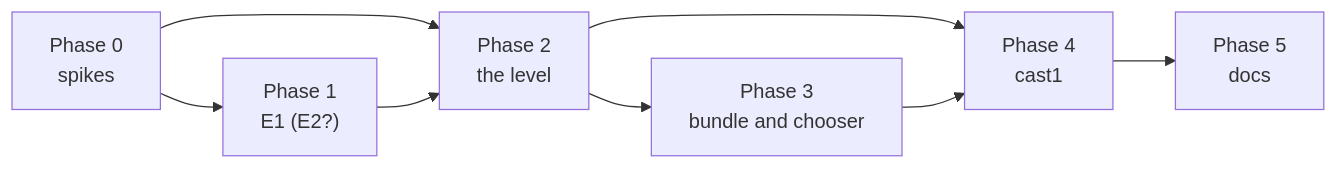
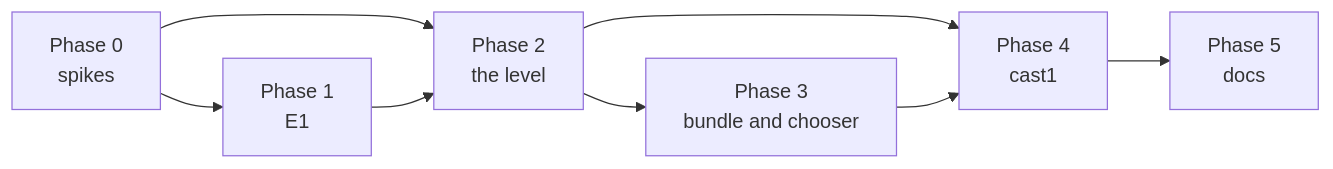
One commit to wbniv/WorldFoundry changed the fifth of 5 diagrams in docs/plans/2026-11-21-tide-harbour-clock.md. Above: the diagram before and after it, drawn with Mermaid. The commit also changed other lines of this file and 2 other files, not shown here.

````diff
--- a/docs/plans/2026-11-21-tide-harbour-clock.md
+++ b/docs/plans/2026-11-21-tide-harbour-clock.md
@@ -183,10 +182,10 @@
 ```mermaid
 flowchart LR
-    P0["Phase 0<br/>spikes"] --> P1["Phase 1<br/>E1 (E2?)"]
+    P0["Phase 0<br/>spikes"] --> P1["Phase 1<br/>E1"]
     P0 --> P2
     P1 --> P2["Phase 2<br/>the level"]
     P2 --> P3["Phase 3<br/>bundle and chooser"]
     P2 --> P4
     P3 --> P4["Phase 4<br/>cast1"]
     P4 --> P5["Phase 5<br/>docs"]
 ```
````
